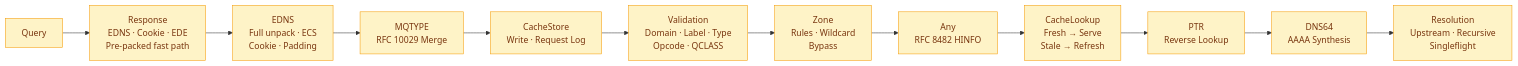
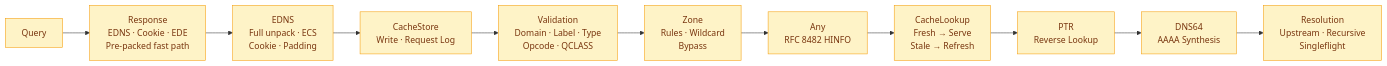
One commit to hezhijie0327/ZJDNS changed the third of 28 diagrams in docs/FLOWCHARTS.md. Above: the diagram before and after it, drawn with Mermaid. The commit also changed other lines of this file and 30 other files, not shown here.

First line of the commit message:
refactor: remove all MQTYPE (RFC 10029) functionality

````diff
--- a/docs/FLOWCHARTS.md
+++ b/docs/FLOWCHARTS.md
@@ -51,17 +51,16 @@
 ```mermaid
 graph LR
     Q[Query] --> R[Response<br/>EDNS · Cookie · EDE<br/>Pre-packed fast path]
     R --> E[EDNS<br/>Full unpack · ECS<br/>Cookie · Padding]
-    E --> MQ[MQTYPE<br/>RFC 10029 Merge]
-    MQ --> CS[CacheStore<br/>Write · Request Log]
+    E --> CS[CacheStore<br/>Write · Request Log]
     CS --> V[Validation<br/>Domain · Label · Type<br/>Opcode · QCLASS]
     V --> Z[Zone<br/>Rules · Wildcard<br/>Bypass]
     Z --> A[Any<br/>RFC 8482 HINFO]
     A --> CL[CacheLookup<br/>Fresh → Serve<br/>Stale → Refresh]
     CL --> PT[PTR<br/>Reverse Lookup]
     PT --> D64[DNS64<br/>AAAA Synthesis]
     D64 --> RE[Resolution<br/>Upstream · Recursive<br/>Singleflight]
     classDef mw fill:#fef3c7,stroke:#f59e0b,color:#78350f
     class Q mw
-    class R,E,MQ,CS,V,Z,A,CL,PT,D64,RE mw
+    class R,E,CS,V,Z,A,CL,PT,D64,RE mw
 ```
````
